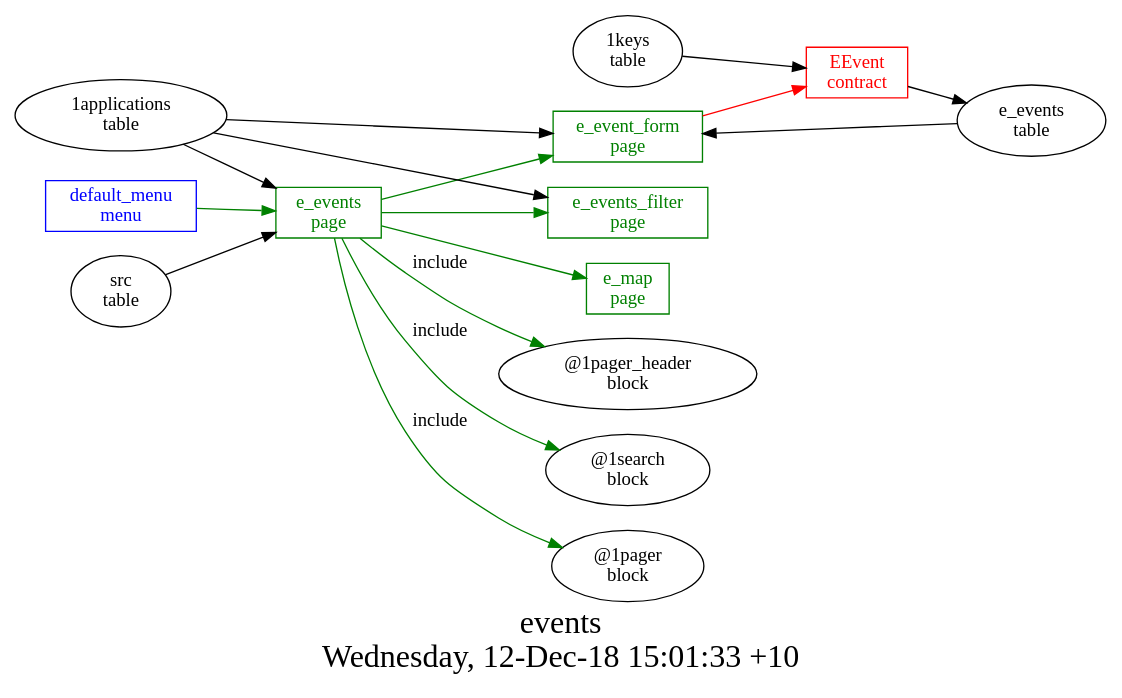
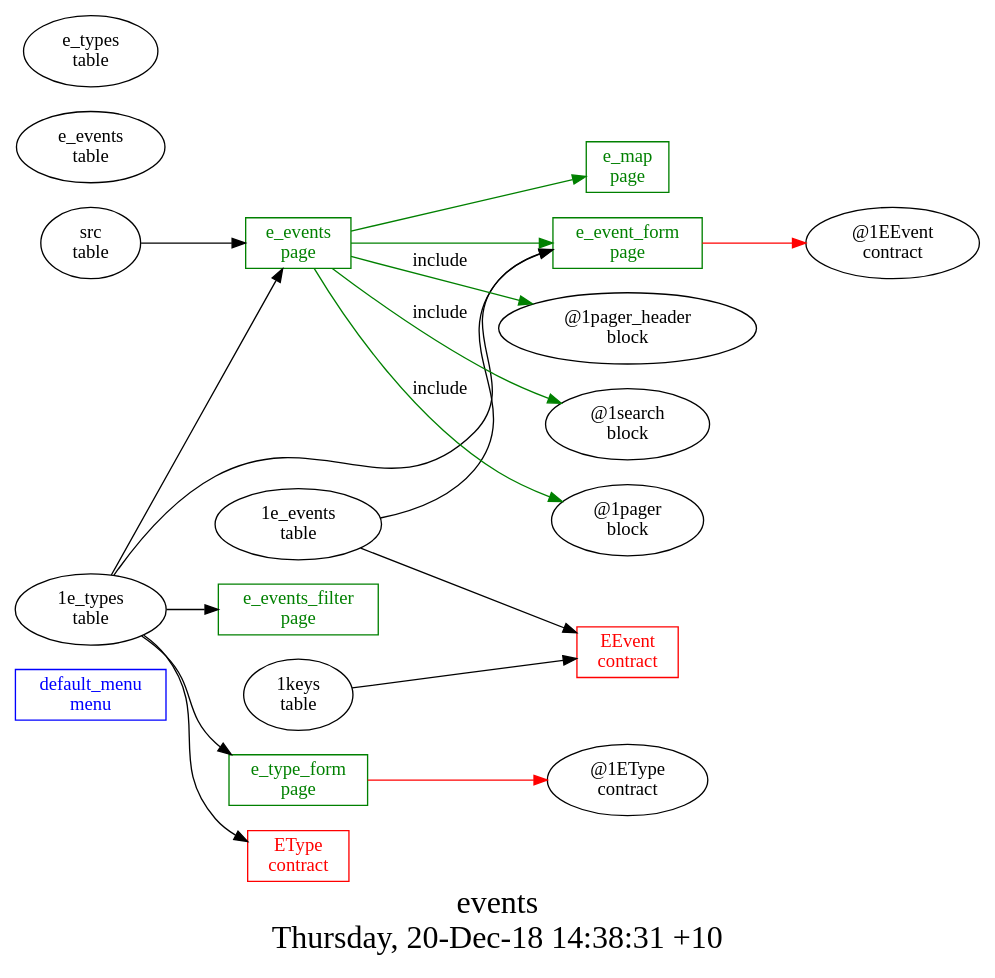
Before and after one commit to AplaProject/apps: the diagram in platform_apps/events/struct.dot, drawn with Graphviz. The commit also changed 10 other files, not shown here.

```diff
--- a/platform_apps/events/struct.dot
+++ b/platform_apps/events/struct.dot
@@ -1,30 +1,34 @@
 digraph G {
 fontsize="24";
-label="events\nWednesday, 12-Dec-18 15:01:33 +10";
+label="events\nThursday, 20-Dec-18 14:38:31 +10";
 nojustify=true;
 ordering=out;
 rankdir=LR;
 size="30";
-"default_menu\nmenu" -> "e_events\npage"  [ color=green ]
 "default_menu\nmenu" [color=blue, fontcolor=blue, group=menus, shape=record];
-"e_event_form\npage" -> "EEvent\ncontract"  [ color=red ]
-"1applications\ntable" -> "e_event_form\npage"
-"e_events\ntable" -> "e_event_form\npage"
+"e_event_form\npage" -> "@1EEvent\ncontract"  [ color=red ]
+"1e_types\ntable" -> "e_event_form\npage"
+"1e_events\ntable" -> "e_event_form\npage"
 "e_event_form\npage" [color=green, fontcolor=green, group=pages, shape=record];
-"1applications\ntable" -> "e_events\npage"
 "src\ntable" -> "e_events\npage"
+"1e_types\ntable" -> "e_events\npage"
+"e_events\npage" -> "e_map\npage"  [ color=green ]
 "e_events\npage" -> "e_event_form\npage"  [ color=green ]
-"e_events\npage" -> "e_events_filter\npage"  [ color=green ]
-"e_events\npage" -> "e_map\npage"  [ color=green ]
 "e_events\npage" -> "@1pager_header\nblock"  [ color=green, label=include ]
 "e_events\npage" -> "@1search\nblock"  [ color=green, label=include ]
 "e_events\npage" -> "@1pager\nblock"  [ color=green, label=include ]
 "e_events\npage" [color=green, fontcolor=green, group=pages, shape=record];
-"1applications\ntable" -> "e_events_filter\npage"
+"1e_types\ntable" -> "e_events_filter\npage"
 "e_events_filter\npage" [color=green, fontcolor=green, group=pages, shape=record];
 "e_map\npage" [color=green, fontcolor=green, group=pages, shape=record];
-"EEvent\ncontract" -> "e_events\ntable"  [ color="" ]
+"e_type_form\npage" -> "@1EType\ncontract"  [ color=red ]
+"1e_types\ntable" -> "e_type_form\npage"
+"e_type_form\npage" [color=green, fontcolor=green, group=pages, shape=record];
+"1e_events\ntable" -> "EEvent\ncontract"
 "1keys\ntable" -> "EEvent\ncontract"
 "EEvent\ncontract" [color=red, fontcolor=red, group=contracts, shape=record];
+"1e_types\ntable" -> "EType\ncontract"
+"EType\ncontract" [color=red, fontcolor=red, group=contracts, shape=record];
 "e_events\ntable" [color="", fontcolor="", group=tables, shape=""];
+"e_types\ntable" [color="", fontcolor="", group=tables, shape=""];
 }
```
